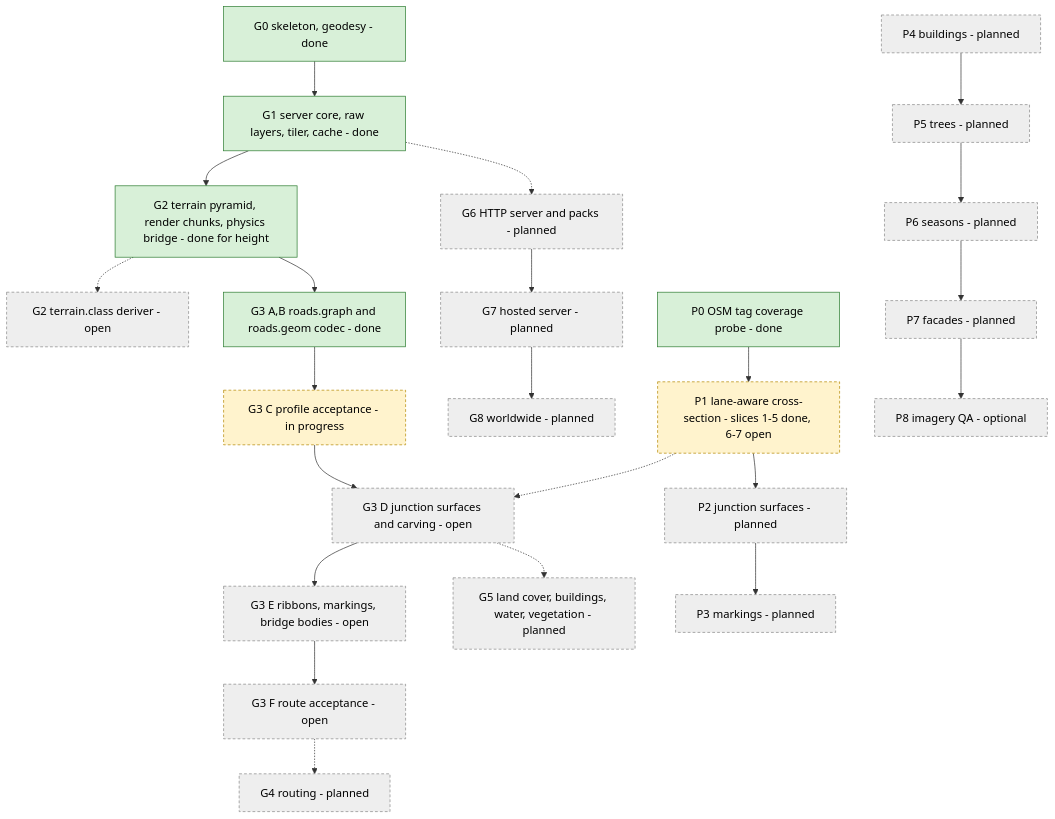
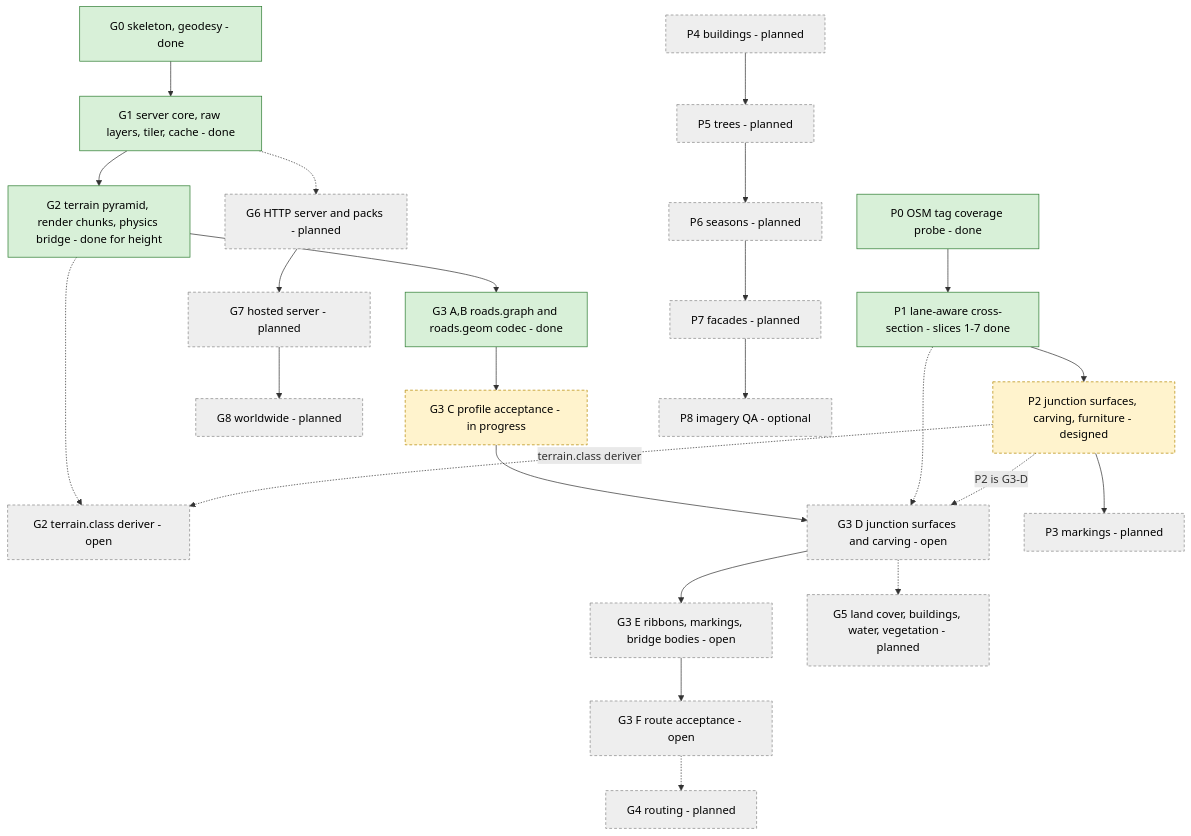
Before and after one commit to SebastianDanielFrenz/geo2map_engine: the fourth of 4 diagrams in docs/pipeline/README.md, drawn with Mermaid. The commit also changed other lines of this file and 2 other files, not shown here.

Commit message:
Street fidelity P2 design: junction surfaces, carving, furniture

````diff
--- a/docs/pipeline/README.md
+++ b/docs/pipeline/README.md
@@ -266,42 +268,44 @@
 ```mermaid
 flowchart TB
   G0["G0 skeleton, geodesy - done"]
   G1["G1 server core, raw layers, tiler, cache - done"]
   G2["G2 terrain pyramid, render chunks, physics bridge - done for height"]
   G2C["G2 terrain.class deriver - open"]
   G3A["G3 A,B roads.graph and roads.geom codec - done"]
   G3C["G3 C profile acceptance - in progress"]
   G3D["G3 D junction surfaces and carving - open"]
   G3E["G3 E ribbons, markings, bridge bodies - open"]
   G3F["G3 F route acceptance - open"]
   G4["G4 routing - planned"]
   G5["G5 land cover, buildings, water, vegetation - planned"]
   G6["G6 HTTP server and packs - planned"]
   G7["G7 hosted server - planned"]
   G8["G8 worldwide - planned"]
   P0["P0 OSM tag coverage probe - done"]
-  P1["P1 lane-aware cross-section - slices 1-5 done, 6-7 open"]
-  P2["P2 junction surfaces - planned"]
+  P1["P1 lane-aware cross-section - slices 1-7 done"]
+  P2["P2 junction surfaces, carving, furniture - designed"]
   P3["P3 markings - planned"]
   P4["P4 buildings - planned"]
   P5["P5 trees - planned"]
   P6["P6 seasons - planned"]
   P7["P7 facades - planned"]
   P8["P8 imagery QA - optional"]
 
   G0 --> G1 --> G2 --> G3A --> G3C --> G3D --> G3E --> G3F
   G2 -.-> G2C
   G3F -.-> G4
   G3D -.-> G5
   G1 -.-> G6 --> G7 --> G8
   P0 --> P1 --> P2 --> P3
   P1 -.-> G3D
+  P2 -.->|"P2 is G3-D"| G3D
+  P2 -.->|"terrain.class deriver"| G2C
   P4 --> P5 --> P6 --> P7 --> P8
 
   classDef done fill:#d8f0d8,stroke:#2e7d32,color:#000;
   classDef part fill:#fff3cd,stroke:#b58900,stroke-dasharray:4 3,color:#000;
   classDef plan fill:#eeeeee,stroke:#888888,stroke-dasharray:4 3,color:#000;
-  class G0,G1,G2,G3A,P0 done;
-  class G3C,P1 part;
-  class G2C,G3D,G3E,G3F,G4,G5,G6,G7,G8,P2,P3,P4,P5,P6,P7,P8 plan;
+  class G0,G1,G2,G3A,P0,P1 done;
+  class G3C,P2 part;
+  class G2C,G3D,G3E,G3F,G4,G5,G6,G7,G8,P3,P4,P5,P6,P7,P8 plan;
 ```
````
